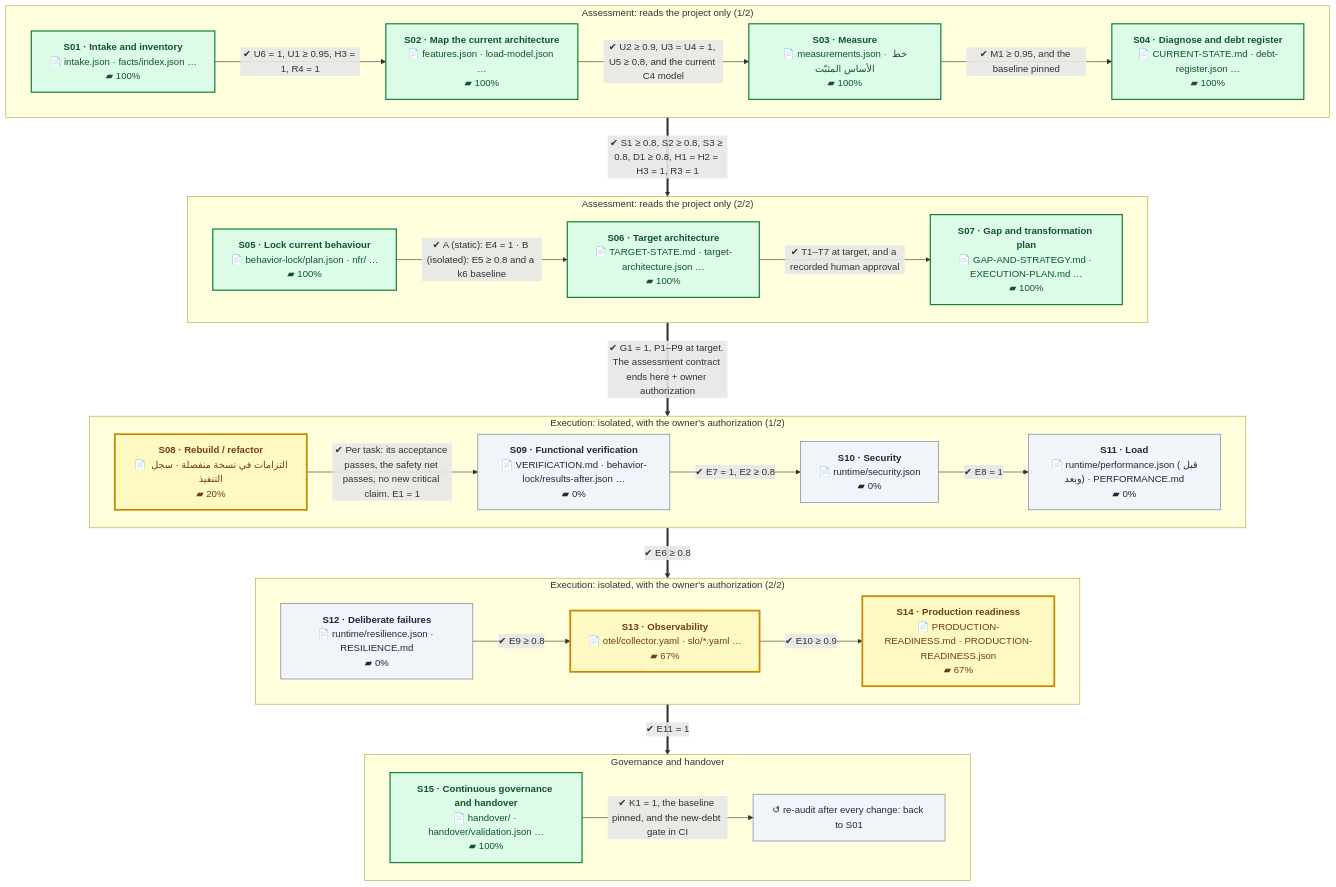
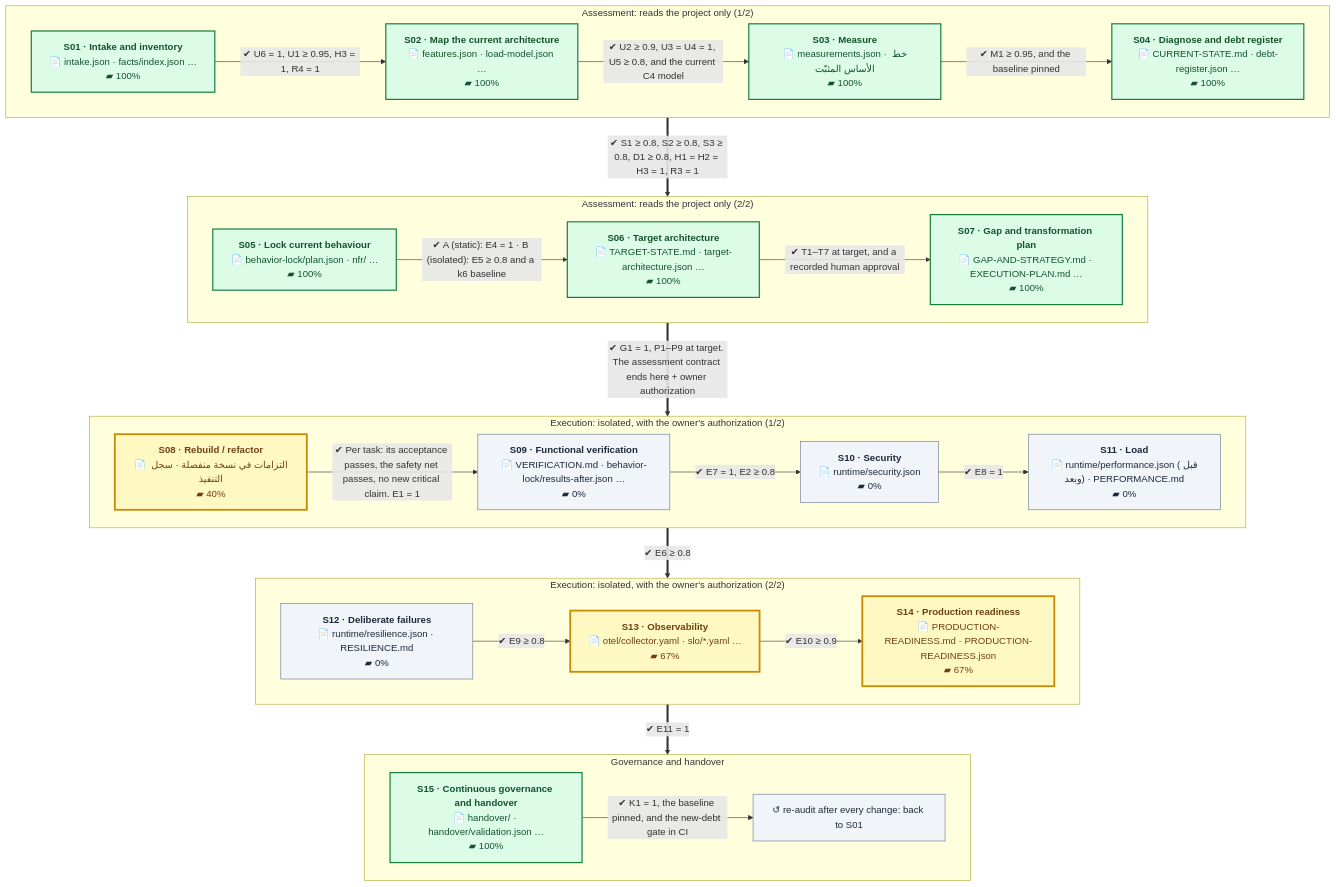
The first of 2 diagrams in README.en.md (eom1417/engineering-audit-os), drawn with Mermaid before and after one commit. The commit also changed other lines of this file and 10 other files, not shown here.

````diff
--- a/README.en.md
+++ b/README.en.md
@@ -52,54 +52,54 @@
 ```mermaid
 %%{init: {'flowchart': {'wrappingWidth': 260, 'nodeSpacing': 40, 'rankSpacing': 60}}}%%
 flowchart TB
     subgraph P1["Assessment: reads the project only (1/2)"]
         direction LR
         S01["<b>S01 · Intake and inventory</b><br/>📄 intake.json · facts/index.json …<br/>▰ 100%"]:::done
         S02["<b>S02 · Map the current architecture</b><br/>📄 features.json · load-model.json …<br/>▰ 100%"]:::done
         S03["<b>S03 · Measure</b><br/>📄 measurements.json · خط الأساس المثبّت<br/>▰ 100%"]:::done
         S04["<b>S04 · Diagnose and debt register</b><br/>📄 CURRENT-STATE.md · debt-register.json …<br/>▰ 100%"]:::done
         S01 -->|"✔ U6 = 1, U1 ≥ 0.95, H3 = 1, R4 = 1"| S02
         S02 -->|"✔ U2 ≥ 0.9, U3 = U4 = 1, U5 ≥ 0.8, and the current C4 model"| S03
         S03 -->|"✔ M1 ≥ 0.95, and the baseline pinned"| S04
     end
     subgraph P2["Assessment: reads the project only (2/2)"]
         direction LR
         S05["<b>S05 · Lock current behaviour</b><br/>📄 behavior-lock/plan.json · nfr/ …<br/>▰ 100%"]:::done
         S06["<b>S06 · Target architecture</b><br/>📄 TARGET-STATE.md · target-architecture.json …<br/>▰ 100%"]:::done
         S07["<b>S07 · Gap and transformation plan</b><br/>📄 GAP-AND-STRATEGY.md · EXECUTION-PLAN.md …<br/>▰ 100%"]:::done
         S05 -->|"✔ A (static): E4 = 1 · B (isolated): E5 ≥ 0.8 and a k6 baseline"| S06
         S06 -->|"✔ T1–T7 at target, and a recorded human approval"| S07
     end
     subgraph P3["Execution: isolated, with the owner's authorization (1/2)"]
         direction LR
-        S08["<b>S08 · Rebuild / refactor</b><br/>📄 التزامات في نسخة منفصلة · سجل التنفيذ<br/>▰ 20%"]:::current
+        S08["<b>S08 · Rebuild / refactor</b><br/>📄 التزامات في نسخة منفصلة · سجل التنفيذ<br/>▰ 40%"]:::current
         S09["<b>S09 · Functional verification</b><br/>📄 VERIFICATION.md · behavior-lock/results-after.json …<br/>▰ 0%"]:::next
         S10["<b>S10 · Security</b><br/>📄 runtime/security.json<br/>▰ 0%"]:::next
         S11["<b>S11 · Load</b><br/>📄 runtime/performance.json (قبل وبعد) · PERFORMANCE.md<br/>▰ 0%"]:::next
         S08 -->|"✔ Per task: its acceptance passes, the safety net passes, no new critical claim. E1 = 1"| S09
         S09 -->|"✔ E7 = 1, E2 ≥ 0.8"| S10
         S10 -->|"✔ E8 = 1"| S11
     end
     subgraph P4["Execution: isolated, with the owner's authorization (2/2)"]
         direction LR
         S12["<b>S12 · Deliberate failures</b><br/>📄 runtime/resilience.json · RESILIENCE.md<br/>▰ 0%"]:::next
         S13["<b>S13 · Observability</b><br/>📄 otel/collector.yaml · slo/*.yaml …<br/>▰ 67%"]:::current
         S14["<b>S14 · Production readiness</b><br/>📄 PRODUCTION-READINESS.md · PRODUCTION-READINESS.json<br/>▰ 67%"]:::current
         S12 -->|"✔ E9 ≥ 0.8"| S13
         S13 -->|"✔ E10 ≥ 0.9"| S14
     end
     subgraph P5["Governance and handover"]
         direction LR
         S15["<b>S15 · Continuous governance and handover</b><br/>📄 handover/ · handover/validation.json …<br/>▰ 100%"]:::done
         LOOP["↺ re-audit after every change: back to S01"]:::next
         S15 -->|"✔ K1 = 1, the baseline pinned, and the new-debt gate in CI"| LOOP
     end
     P1 ==>|"✔ S1 ≥ 0.8, S2 ≥ 0.8, S3 ≥ 0.8, D1 ≥ 0.8, H1 = H2 = H3 = 1, R3 = 1"| P2
     P2 ==>|"✔ G1 = 1, P1–P9 at target. The assessment contract ends here + owner authorization"| P3
     P3 ==>|"✔ E6 ≥ 0.8"| P4
     P4 ==>|"✔ E11 = 1"| P5
     classDef done fill:#dcfce7,stroke:#15803d,color:#14532d,stroke-width:2px
     classDef current fill:#fef9c3,stroke:#ca8a04,color:#713f12,stroke-width:3px
     classDef next fill:#f1f5f9,stroke:#64748b,color:#1e293b
     classDef owner fill:#fee2e2,stroke:#b91c1c,color:#7f1d1d,stroke-dasharray:5 3
 ```
````
